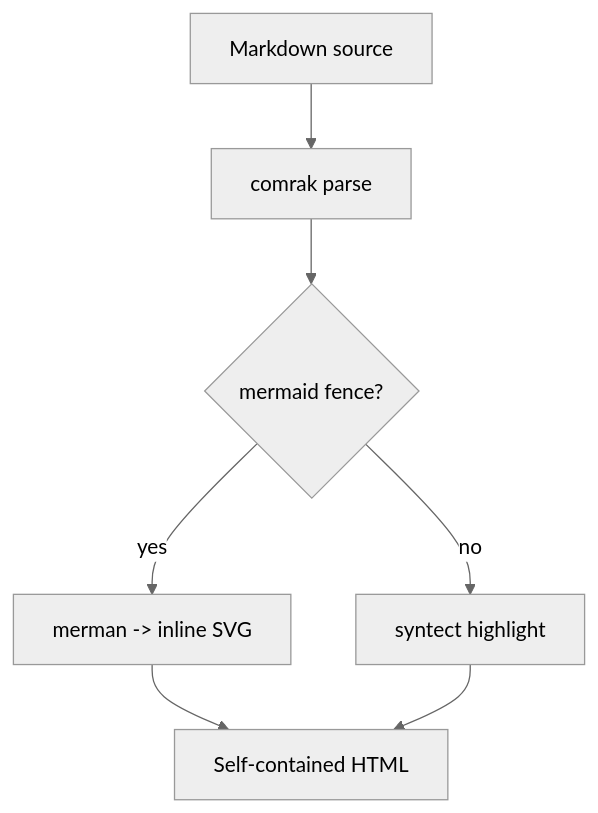
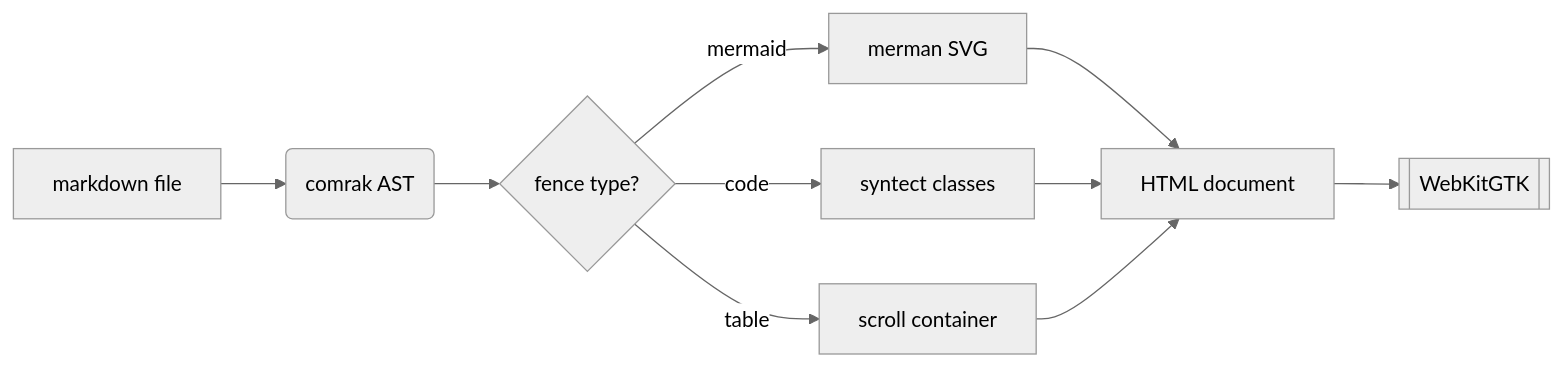
Before and after one commit to membranepotential/jumanji: the first of 11 diagrams in demo/demo.md, drawn with Mermaid (neutral theme). The commit also changed other lines of this file and 2 other files, not shown here.

````diff
--- a/demo/demo.md
+++ b/demo/demo.md
@@ -97,9 +102,10 @@
 ```mermaid
-flowchart TD
-    MD[Markdown source] --> P[comrak parse]
-    P --> M{mermaid fence?}
-    M -- yes --> R[merman -> inline SVG]
-    M -- no --> H[syntect highlight]
-    R --> DOC[Self-contained HTML]
-    H --> DOC
+flowchart LR
+    A[markdown file] --> B(comrak AST)
+    B --> C{fence type?}
+    C -->|mermaid| D[merman SVG]
+    C -->|code| E[syntect classes]
+    C -->|table| F[scroll container]
+    D & E & F --> G[HTML document]
+    G --> H[[WebKitGTK]]
 ```
````
